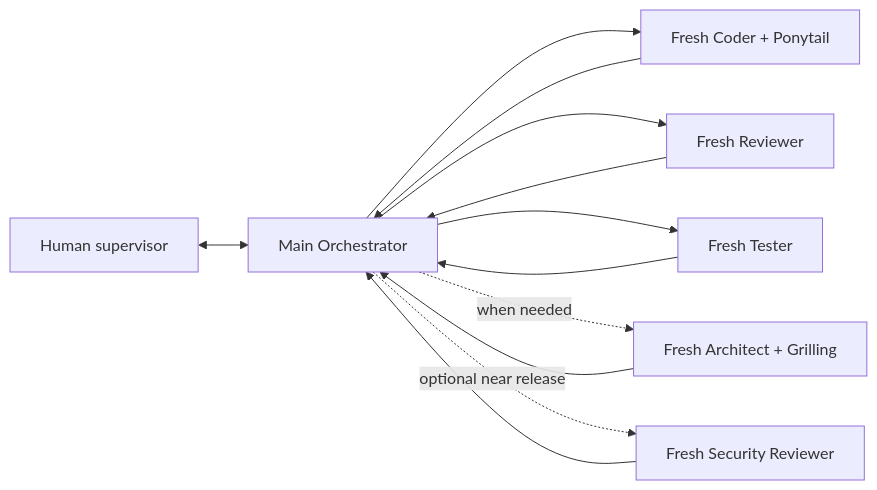
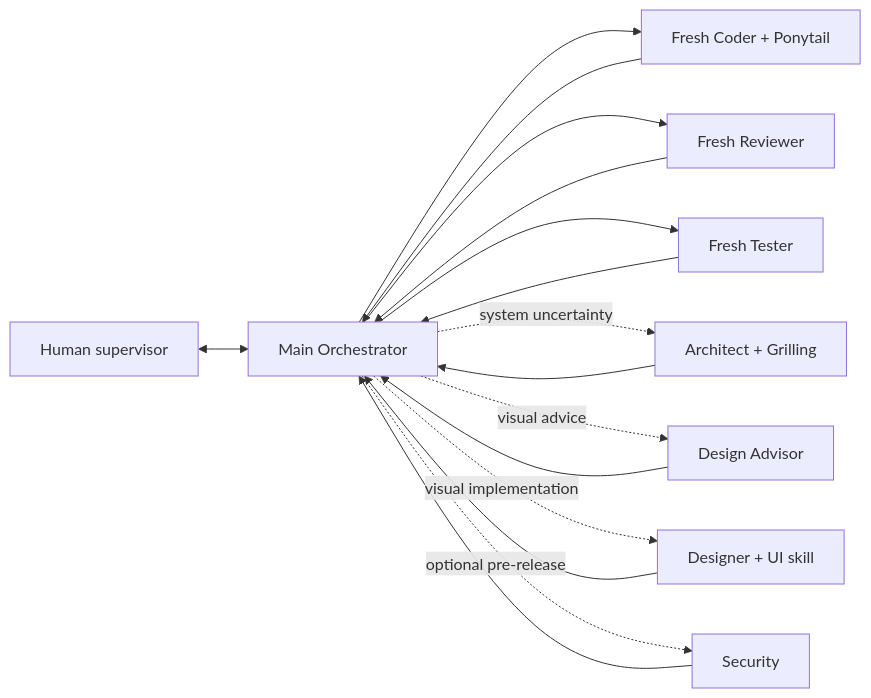
Before and after one commit to Pavan-Gopa/Pavans-Workflow: the diagram in README.md, drawn with Mermaid. The commit also changed other lines of this file and 37 other files, not shown here.

````diff
--- a/README.md
+++ b/README.md
@@ -40,14 +39,18 @@
 ```mermaid
 flowchart LR
     H[Human supervisor] <--> O[Main Orchestrator]
     O --> C[Fresh Coder + Ponytail]
     C --> O
     O --> R[Fresh Reviewer]
     R --> O
     O --> T[Fresh Tester]
     T --> O
-    O -. when needed .-> A[Fresh Architect + Grilling]
+    O -. system uncertainty .-> A[Architect + Grilling]
     A --> O
-    O -. optional near release .-> S[Fresh Security Reviewer]
+    O -. visual advice .-> DA[Design Advisor]
+    DA --> O
+    O -. visual implementation .-> D[Designer + UI skill]
+    D --> O
+    O -. optional pre-release .-> S[Security]
     S --> O
 ```
````
